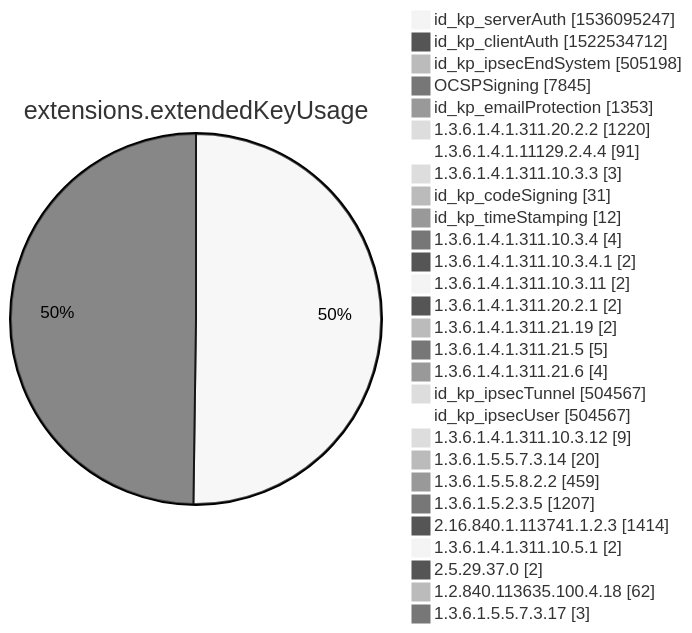
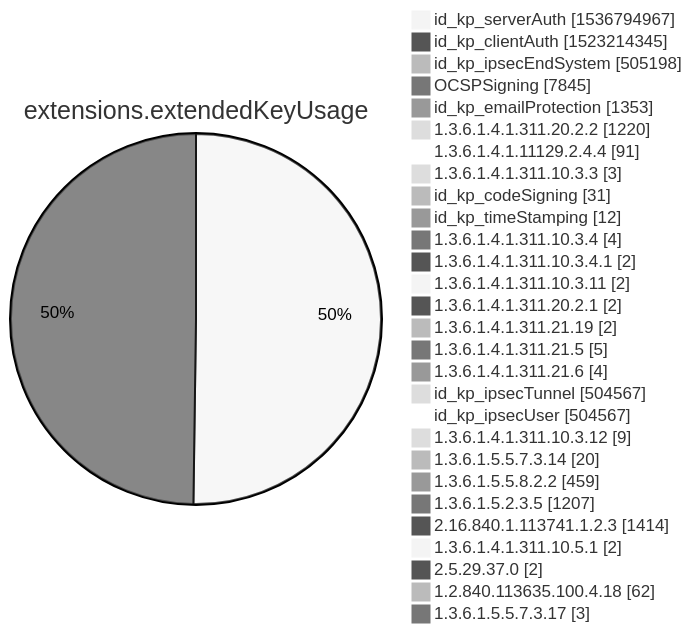
Before and after one commit to christiankrug/ctmonitor_visualization: diagram 12 of 15 in xenon2022/README.md, drawn with Mermaid (neutral theme). The commit also changed other lines of this file, not shown here.

````diff
--- a/xenon2022/README.md
+++ b/xenon2022/README.md
@@ -3880,32 +3880,32 @@
 ```mermaid
 pie showData
 title extensions.extendedKeyUsage
-"id_kp_serverAuth" :1536095247
-"id_kp_clientAuth" :1522534712
+"id_kp_serverAuth" :1536794967
+"id_kp_clientAuth" :1523214345
 "id_kp_ipsecEndSystem" :505198
 "OCSPSigning" :7845
 "id_kp_emailProtection" :1353
 "1.3.6.1.4.1.311.20.2.2" :1220
 "1.3.6.1.4.1.11129.2.4.4" :91
 "1.3.6.1.4.1.311.10.3.3" :3
 "id_kp_codeSigning" :31
 "id_kp_timeStamping" :12
 "1.3.6.1.4.1.311.10.3.4" :4
 "1.3.6.1.4.1.311.10.3.4.1" :2
 "1.3.6.1.4.1.311.10.3.11" :2
 "1.3.6.1.4.1.311.20.2.1" :2
 "1.3.6.1.4.1.311.21.19" :2
 "1.3.6.1.4.1.311.21.5" :5
 "1.3.6.1.4.1.311.21.6" :4
 "id_kp_ipsecTunnel" :504567
 "id_kp_ipsecUser" :504567
 "1.3.6.1.4.1.311.10.3.12" :9
 "1.3.6.1.5.5.7.3.14" :20
 "1.3.6.1.5.5.8.2.2" :459
 "1.3.6.1.5.2.3.5" :1207
 "2.16.840.1.113741.1.2.3" :1414
 "1.3.6.1.4.1.311.10.5.1" :2
 "2.5.29.37.0" :2
 "1.2.840.113635.100.4.18" :62
 "1.3.6.1.5.5.7.3.17" :3
 ```
````
